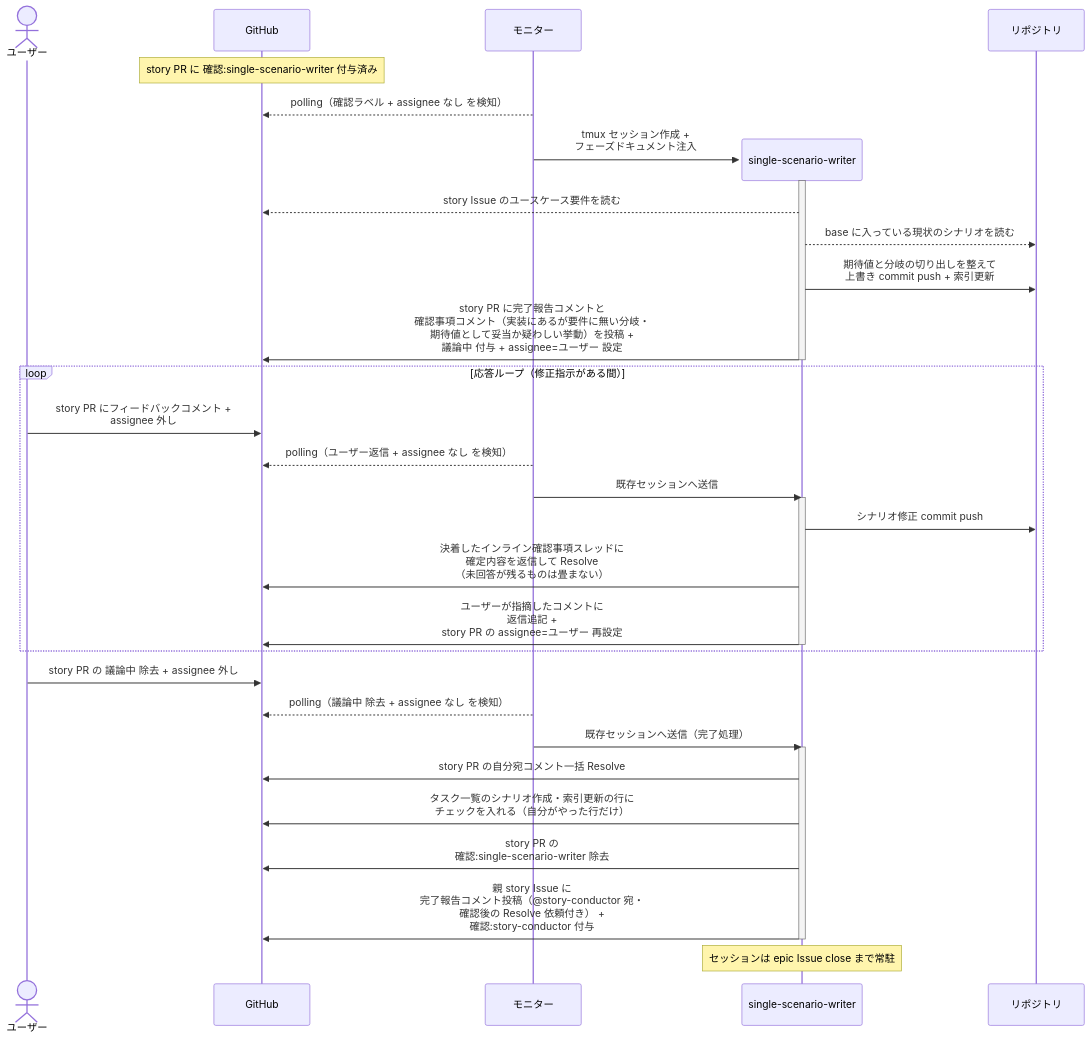
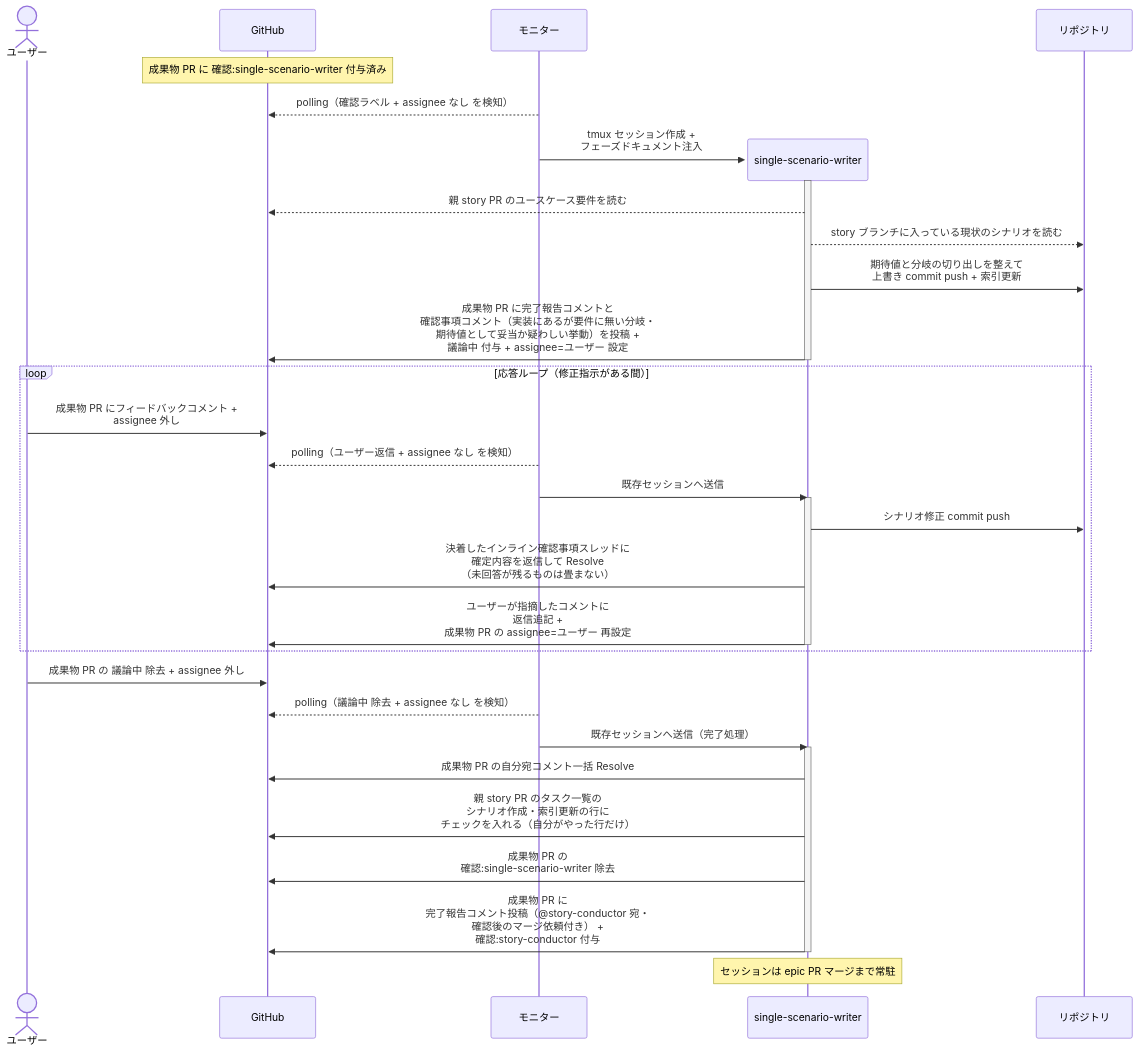
The third of 3 diagrams in docs/wiki/設計図/シナリオ/単一ユースケース/単一シナリオ設計.md (shuhei1101/ai-monitor), drawn with Mermaid before and after one commit. The commit also changed other lines of this file and 256 other files, not shown here.

````diff
--- a/docs/wiki/設計図/シナリオ/単一ユースケース/単一シナリオ設計.md
+++ b/docs/wiki/設計図/シナリオ/単一ユースケース/単一シナリオ設計.md
@@ -133,40 +134,40 @@
 ```mermaid
 sequenceDiagram
   actor U as ユーザー
   participant GH as GitHub
   participant ORC as モニター
 
-  Note over GH: story PR に 確認:single-scenario-writer 付与済み
+  Note over GH: 成果物 PR に 確認:single-scenario-writer 付与済み
   ORC-->>GH: polling（確認ラベル + assignee なし を検知）
   create participant MON as single-scenario-writer
   ORC->>MON: tmux セッション作成 +<br>フェーズドキュメント注入
   participant REPO as リポジトリ
   activate MON
-  MON-->>GH: story Issue のユースケース要件を読む
-  MON-->>REPO: base に入っている現状のシナリオを読む
+  MON-->>GH: 親 story PR のユースケース要件を読む
+  MON-->>REPO: story ブランチに入っている現状のシナリオを読む
   MON->>REPO: 期待値と分岐の切り出しを整えて<br>上書き commit push + 索引更新
-  MON->>GH: story PR に完了報告コメントと<br>確認事項コメント（実装にあるが要件に無い分岐・<br>期待値として妥当か疑わしい挙動）を投稿 +<br>議論中 付与 + assignee=ユーザー 設定
+  MON->>GH: 成果物 PR に完了報告コメントと<br>確認事項コメント（実装にあるが要件に無い分岐・<br>期待値として妥当か疑わしい挙動）を投稿 +<br>議論中 付与 + assignee=ユーザー 設定
   deactivate MON
 
   loop 応答ループ（修正指示がある間）
-    U->>GH: story PR にフィードバックコメント +<br>assignee 外し
+    U->>GH: 成果物 PR にフィードバックコメント +<br>assignee 外し
     ORC-->>GH: polling（ユーザー返信 + assignee なし を検知）
     ORC->>MON: 既存セッションへ送信
     activate MON
     MON->>REPO: シナリオ修正 commit push
     MON->>GH: 決着したインライン確認事項スレッドに<br>確定内容を返信して Resolve<br>（未回答が残るものは畳まない）
-    MON->>GH: ユーザーが指摘したコメントに<br>返信追記 +<br>story PR の assignee=ユーザー 再設定
+    MON->>GH: ユーザーが指摘したコメントに<br>返信追記 +<br>成果物 PR の assignee=ユーザー 再設定
     deactivate MON
   end
 
-  U->>GH: story PR の 議論中 除去 + assignee 外し
+  U->>GH: 成果物 PR の 議論中 除去 + assignee 外し
   ORC-->>GH: polling（議論中 除去 + assignee なし を検知）
   ORC->>MON: 既存セッションへ送信（完了処理）
   activate MON
-  MON->>GH: story PR の自分宛コメント一括 Resolve
-  MON->>GH: タスク一覧のシナリオ作成・索引更新の行に<br>チェックを入れる（自分がやった行だけ）
-  MON->>GH: story PR の<br>確認:single-scenario-writer 除去
-  MON->>GH: 親 story Issue に<br>完了報告コメント投稿（@story-conductor 宛・<br>確認後の Resolve 依頼付き） +<br>確認:story-conductor 付与
+  MON->>GH: 成果物 PR の自分宛コメント一括 Resolve
+  MON->>GH: 親 story PR のタスク一覧の<br>シナリオ作成・索引更新の行に<br>チェックを入れる（自分がやった行だけ）
+  MON->>GH: 成果物 PR の<br>確認:single-scenario-writer 除去
+  MON->>GH: 成果物 PR に<br>完了報告コメント投稿（@story-conductor 宛・<br>確認後のマージ依頼付き） +<br>確認:story-conductor 付与
   deactivate MON
-  Note over MON: セッションは epic Issue close まで常駐
+  Note over MON: セッションは epic PR マージまで常駐
 ```
````
